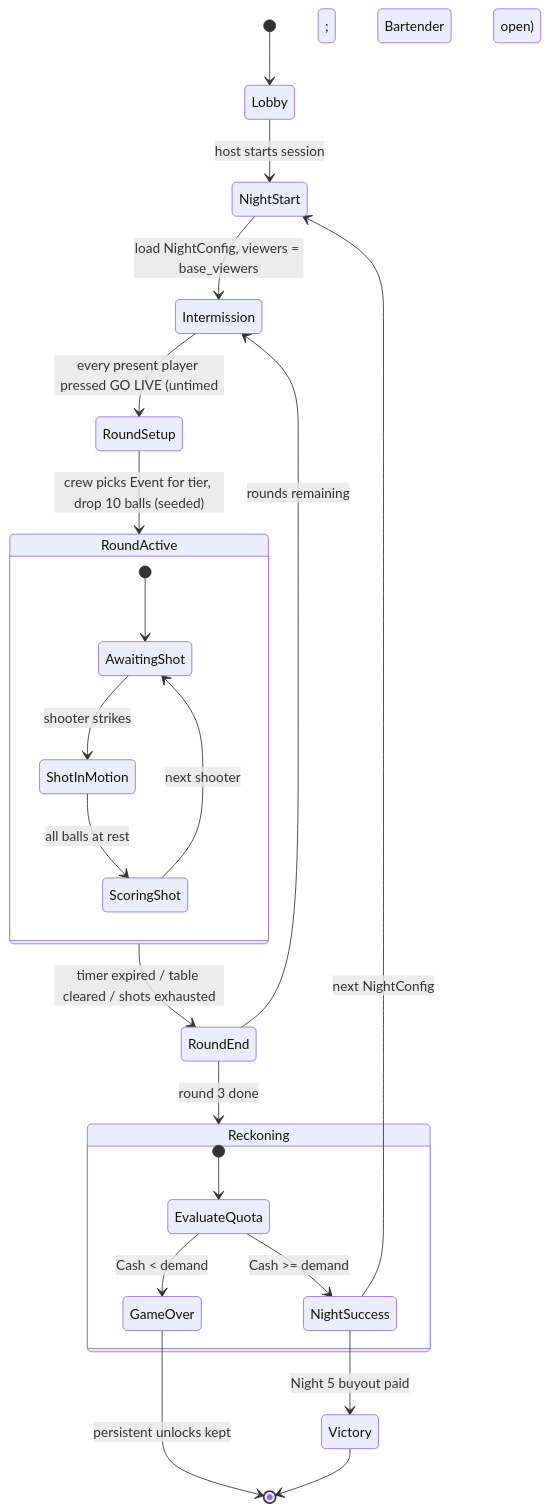
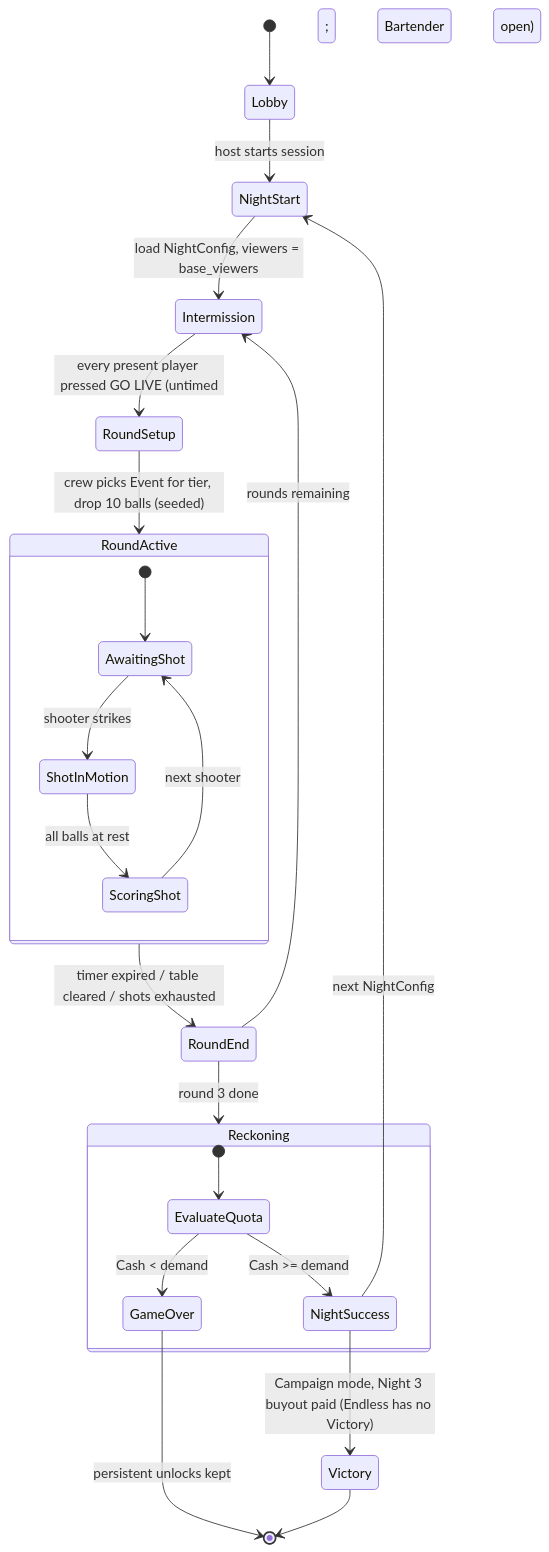
Before and after one commit to Cleans3/absolute-billiard: the diagram in docs/plan/02-economy-loop.md, drawn with Mermaid. The commit also changed other lines of this file and 44 other files, not shown here.

````diff
--- a/docs/plan/02-economy-loop.md
+++ b/docs/plan/02-economy-loop.md
@@ -77,30 +79,30 @@
 ```mermaid
 stateDiagram-v2
     [*] --> Lobby
     Lobby --> NightStart: host starts session
     NightStart --> Intermission: load NightConfig, viewers = base_viewers
     Intermission --> RoundSetup: every present player pressed GO LIVE (untimed; Bartender open)
     RoundSetup --> RoundActive: crew picks Event for tier, drop 10 balls (seeded)
 
     state RoundActive {
         [*] --> AwaitingShot
         AwaitingShot --> ShotInMotion: shooter strikes
         ShotInMotion --> ScoringShot: all balls at rest
         ScoringShot --> AwaitingShot: next shooter
     }
 
     RoundActive --> RoundEnd: timer expired / table cleared / shots exhausted
     RoundEnd --> Intermission: rounds remaining
     RoundEnd --> Reckoning: round 3 done
 
     state Reckoning {
         [*] --> EvaluateQuota
         EvaluateQuota --> NightSuccess: Cash >= demand
         EvaluateQuota --> GameOver: Cash < demand
     }
 
-    NightSuccess --> Victory: Night 5 buyout paid
+    NightSuccess --> Victory: Campaign mode, Night 3 buyout paid (Endless has no Victory)
     NightSuccess --> NightStart: next NightConfig
     GameOver --> [*]: persistent unlocks kept
     Victory --> [*]
 ```
````
